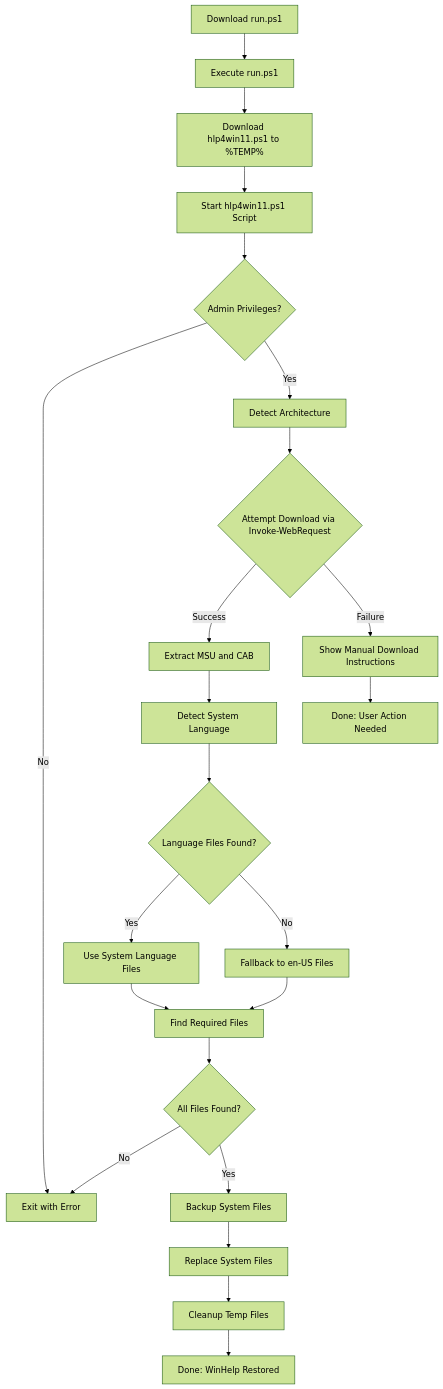
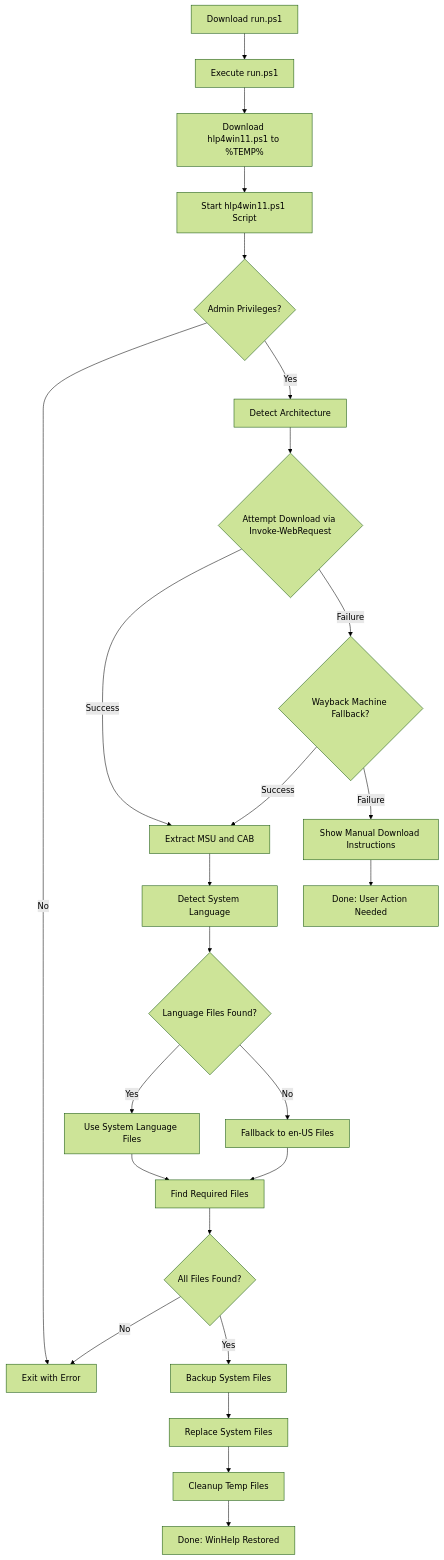
The diagram in README.md (zeljkoavramovic/hlp4win11), drawn with Mermaid (forest theme) before and after one commit. The commit also changed other lines of this file and 1 other file, not shown here.

Commit message:
Added Wayback Machine download file fallback when Microsoft site can not be reached

````diff
--- a/README.md
+++ b/README.md
@@ -139,24 +140,26 @@
 ```mermaid
 flowchart TD
     AA[Download run.ps1] --> BB[Execute run.ps1]
     BB --> CC[Download hlp4win11.ps1 to %TEMP%]
     CC --> A[Start hlp4win11.ps1 Script]
     A --> B{Admin Privileges?}
     B -- No --> C[Exit with Error]
     B -- Yes --> D[Detect Architecture]
     D --> I{Attempt Download via Invoke-WebRequest}
     I -- Success --> K[Extract MSU and CAB]
-    I -- Failure --> X[Show Manual Download Instructions] --> S[Done: User Action Needed]
+    I -- Failure --> W{Wayback Machine Fallback?}
+    W -- Success --> K
+    W -- Failure --> X[Show Manual Download Instructions] --> S[Done: User Action Needed]
     K --> L[Detect System Language]
     L --> M{Language Files Found?}
     M -- Yes --> N[Use System Language Files]
     M -- No --> O[Fallback to en-US Files]
     N --> P[Find Required Files]
     O --> P
     P --> Q{All Files Found?}
     Q -- No --> C
     Q -- Yes --> R[Backup System Files]
     R --> T[Replace System Files]
     T --> U[Cleanup Temp Files]
     U --> V[Done: WinHelp Restored]
 ```
````
